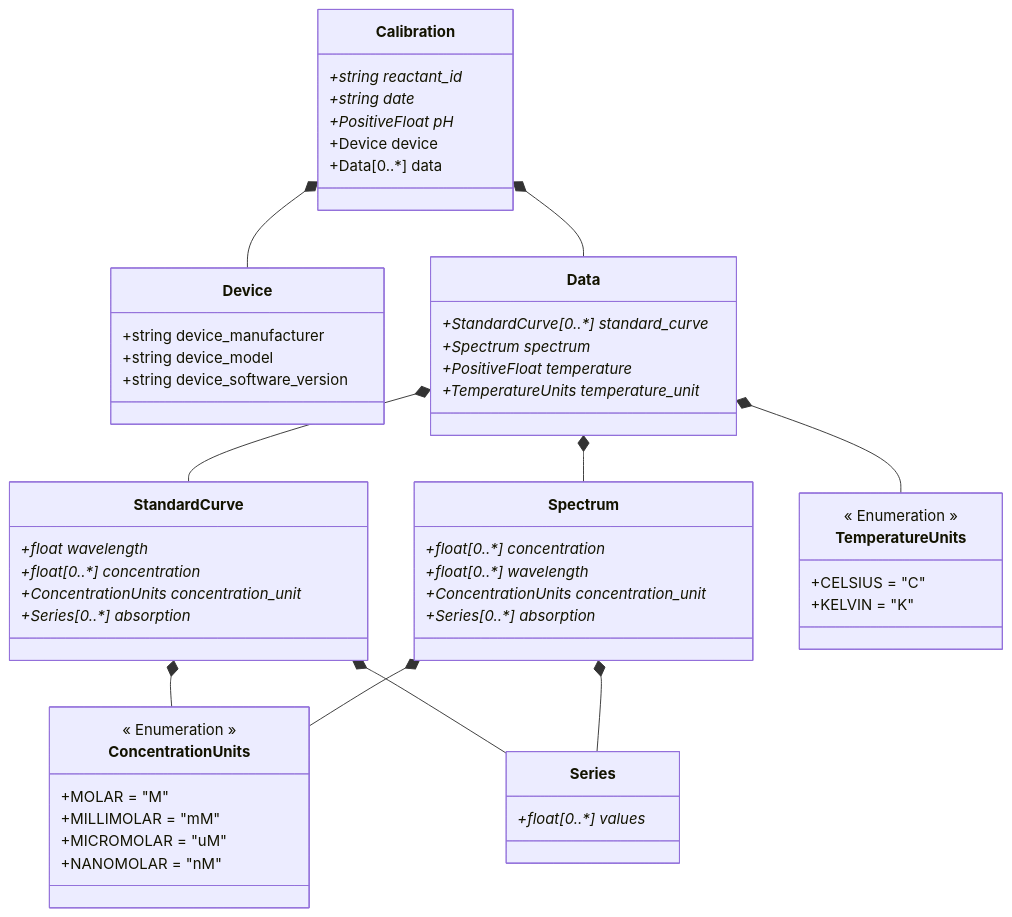
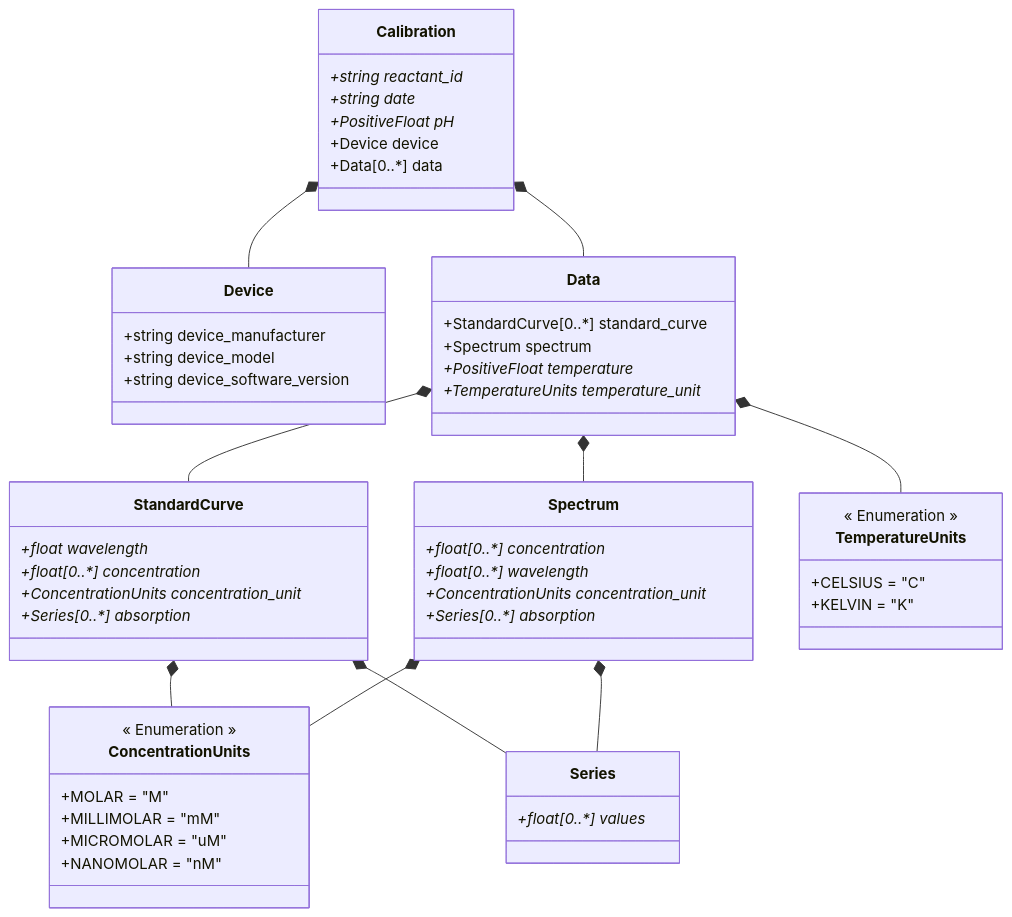
The diagram in datamodel_calibration/schemes/CalibrationDatamodel.md (FAIRChemistry/datamodel_calibration), drawn with Mermaid before and after one commit. The commit also changed 2 other files, not shown here.

Commit message:
API update

````diff
--- a/datamodel_calibration/schemes/CalibrationDatamodel.md
+++ b/datamodel_calibration/schemes/CalibrationDatamodel.md
@@ -1,66 +1,66 @@
 ```mermaid
 classDiagram
     Calibration *-- Device
     Calibration *-- Data
     Data *-- StandardCurve
     Data *-- Spectrum
     Data *-- TemperatureUnits
     StandardCurve *-- ConcentrationUnits
     StandardCurve *-- Series
     Spectrum *-- ConcentrationUnits
     Spectrum *-- Series
     
     class Calibration {
         +string reactant_id*
         +string date*
         +PositiveFloat pH*
         +Device device
         +Data[0..*] data
     }
     
     class Device {
         +string device_manufacturer
         +string device_model
         +string device_software_version
     }
     
     class Data {
-        +StandardCurve[0..*] standard_curve*
-        +Spectrum spectrum*
+        +StandardCurve[0..*] standard_curve
+        +Spectrum spectrum
         +PositiveFloat temperature*
         +TemperatureUnits temperature_unit*
     }
     
     class StandardCurve {
         +float wavelength*
         +float[0..*] concentration*
         +ConcentrationUnits concentration_unit*
         +Series[0..*] absorption*
     }
     
     class Spectrum {
         +float[0..*] concentration*
         +float[0..*] wavelength*
         +ConcentrationUnits concentration_unit*
         +Series[0..*] absorption*
     }
     
     class Series {
         +float[0..*] values*
     }
     
     class TemperatureUnits {
         << Enumeration >>
         +CELSIUS = "C"
         +KELVIN = "K"
     }
     
     class ConcentrationUnits {
         << Enumeration >>
         +MOLAR = "M"
         +MILLIMOLAR = "mM"
         +MICROMOLAR = "uM"
         +NANOMOLAR = "nM"
     }
     
 ```
````
